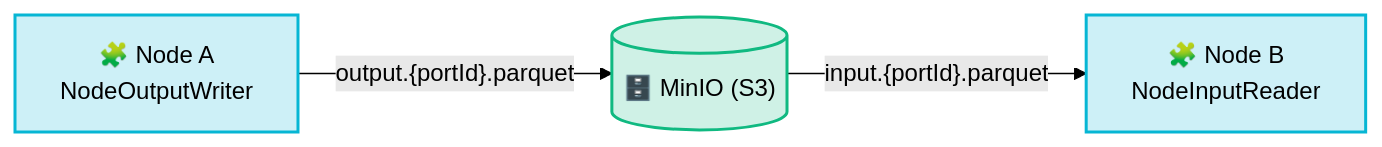
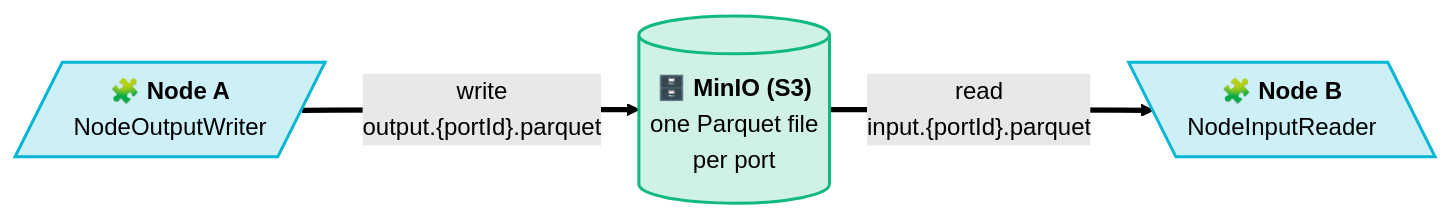
One commit to projectcontinuum-org/continuum-docs changed the diagram in versioned_docs/version-0.0.20/architecture/data-format.md. Above: the diagram before and after it, drawn with Mermaid (forest theme). The commit also changed 49 other files, not shown here.

````diff
--- a/versioned_docs/version-0.0.20/architecture/data-format.md
+++ b/versioned_docs/version-0.0.20/architecture/data-format.md
@@ -20,10 +20,14 @@
 ```mermaid
 flowchart LR
-  A["🧩 Node A<br/>NodeOutputWriter"] -->|"output.{portId}.parquet"| S3[("🗄️ MinIO (S3)")]
-  S3 -->|"input.{portId}.parquet"| B["🧩 Node B<br/>NodeInputReader"]
+  A[/"🧩 <b>Node A</b><br/>NodeOutputWriter"/] ==>|"write<br/>output.{portId}.parquet"| S3[("🗄️ <b>MinIO (S3)</b><br/>one Parquet file<br/>per port")]
+  S3 ==>|"read<br/>input.{portId}.parquet"| B[\"🧩 <b>Node B</b><br/>NodeInputReader"\]
 
+  classDef ui fill:#8b5cf633,stroke:#8b5cf6,stroke-width:2px
+  classDef core fill:#ec489933,stroke:#ec4899,stroke-width:2px
+  classDef stream fill:#f59e0b33,stroke:#f59e0b,stroke-width:2px
   classDef worker fill:#06b6d433,stroke:#06b6d4,stroke-width:2px
   classDef store fill:#10b98133,stroke:#10b981,stroke-width:2px
+  classDef hero fill:#06b6d433,stroke:#06b6d4,stroke-width:4px,stroke-dasharray:6 3
   class A,B worker
   class S3 store
 ```
````
